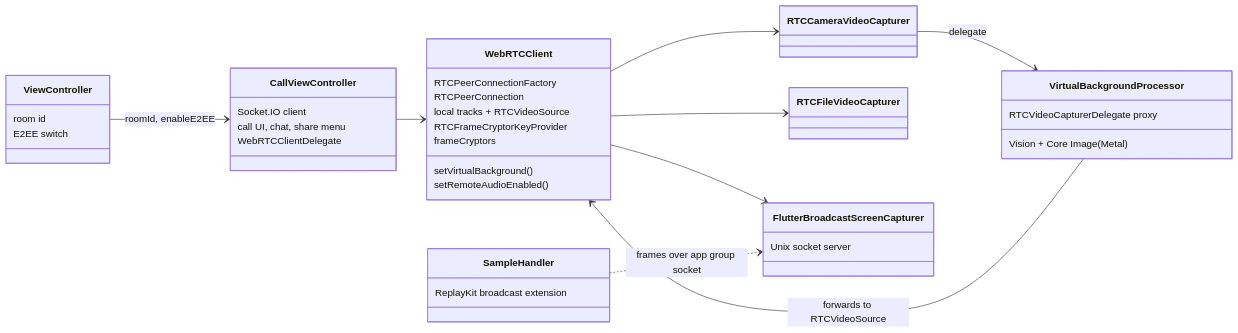
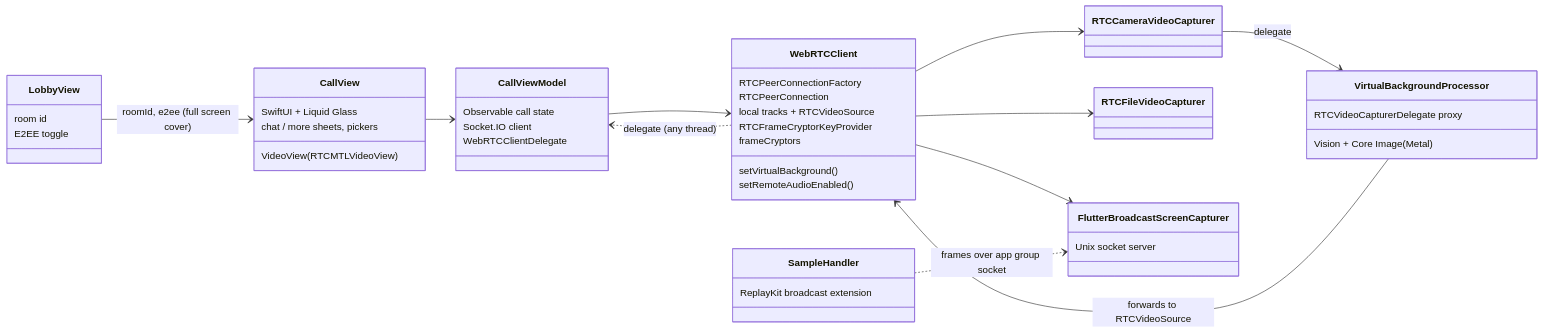
One commit to maitrungduc1410/WebRTC-Demo changed the ninth of 18 diagrams in ARCHITECTURE.md. Above: the diagram before and after it, drawn with Mermaid. The commit also changed other lines of this file and 127 other files, not shown here.

````diff
--- a/ARCHITECTURE.md
+++ b/ARCHITECTURE.md
@@ -317,43 +437,50 @@
 ```mermaid
 classDiagram
     direction LR
-    class ViewController {
+    class LobbyView {
         room id
-        E2EE switch
+        E2EE toggle
     }
-    class CallViewController {
+    class CallView {
+        SwiftUI + Liquid Glass
+        VideoView (RTCMTLVideoView)
+        chat / more sheets, pickers
+    }
+    class CallViewModel {
+        Observable call state
         Socket.IO client
-        call UI, chat, share menu
         WebRTCClientDelegate
     }
     class WebRTCClient {
         RTCPeerConnectionFactory
         RTCPeerConnection
         local tracks + RTCVideoSource
         RTCFrameCryptorKeyProvider
         frameCryptors
         setVirtualBackground()
         setRemoteAudioEnabled()
     }
     class VirtualBackgroundProcessor {
         RTCVideoCapturerDelegate proxy
         Vision + Core Image (Metal)
     }
     class RTCCameraVideoCapturer
     class RTCFileVideoCapturer
     class FlutterBroadcastScreenCapturer {
         Unix socket server
     }
     class SampleHandler {
         ReplayKit broadcast extension
     }
 
-    ViewController --> CallViewController : roomId, enableE2EE
-    CallViewController --> WebRTCClient
+    LobbyView --> CallView : roomId, e2ee (full screen cover)
+    CallView --> CallViewModel
+    CallViewModel --> WebRTCClient
+    WebRTCClient ..> CallViewModel : delegate (any thread)
     WebRTCClient --> RTCCameraVideoCapturer
     RTCCameraVideoCapturer --> VirtualBackgroundProcessor : delegate
     VirtualBackgroundProcessor --> WebRTCClient : forwards to RTCVideoSource
     WebRTCClient --> RTCFileVideoCapturer
     WebRTCClient --> FlutterBroadcastScreenCapturer
     SampleHandler ..> FlutterBroadcastScreenCapturer : frames over app group socket
 ```
````
